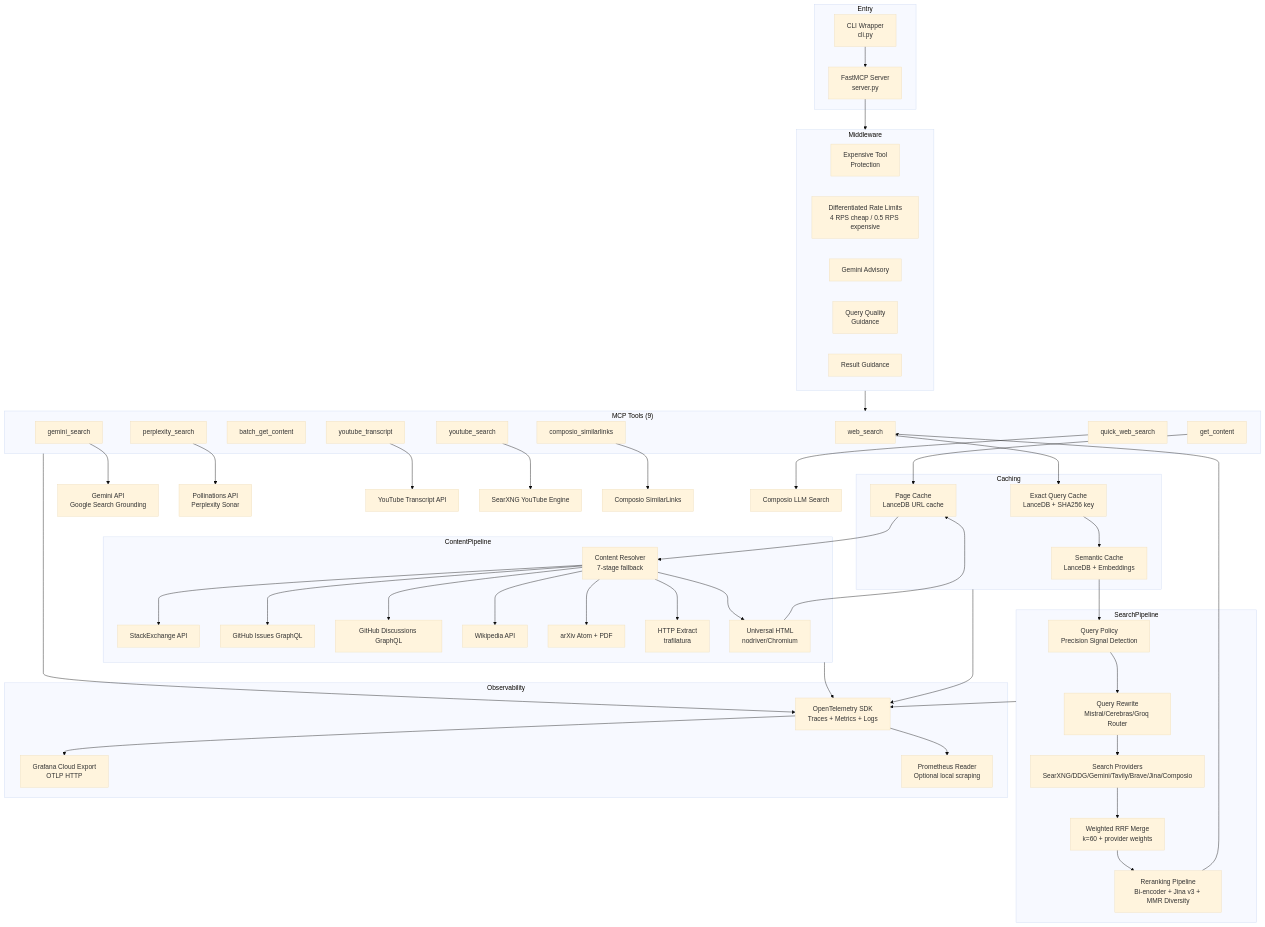
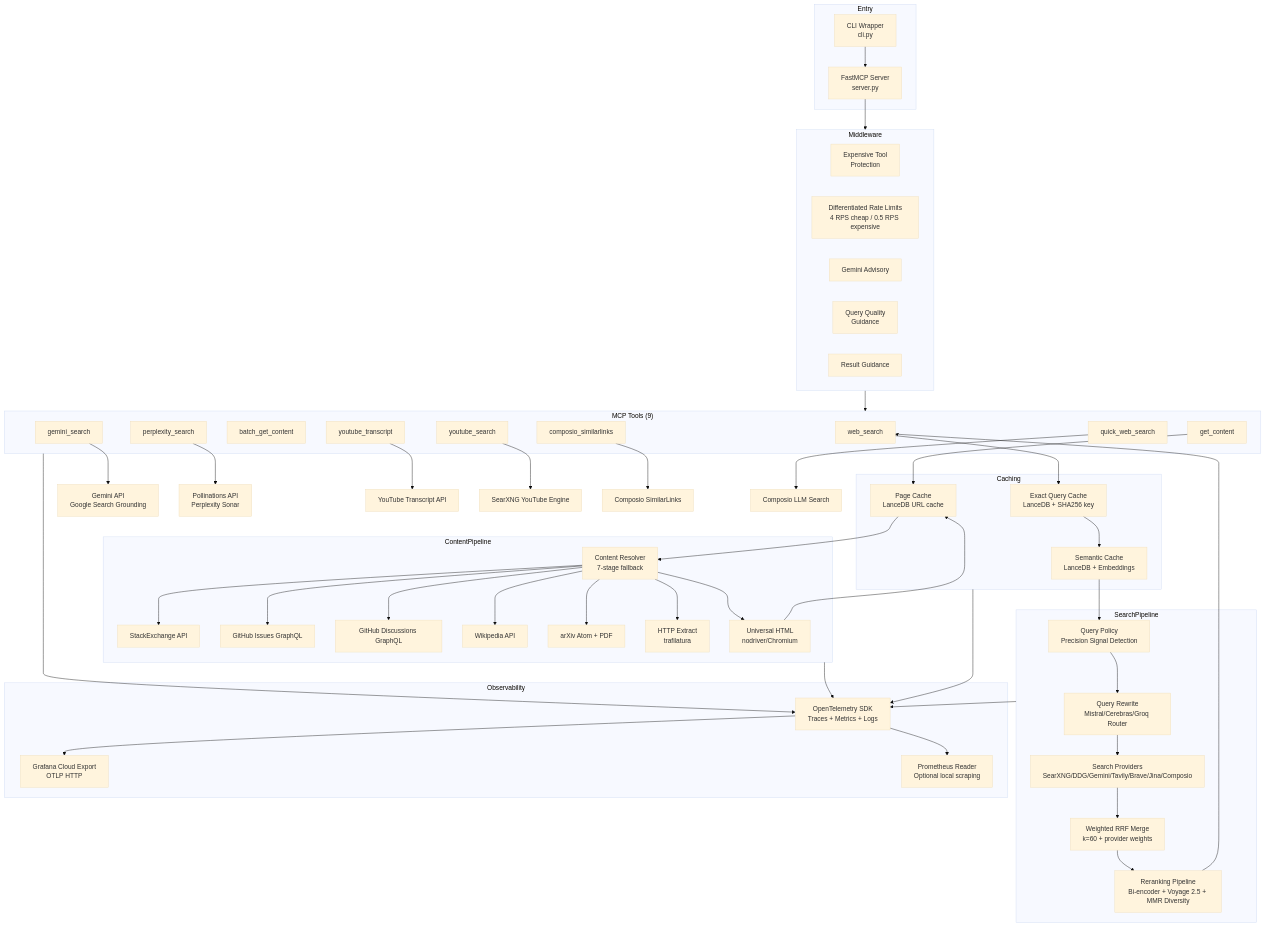
The diagram in docs/ARCHITECTURE.md (chmielvu/web-search-mcp), drawn with Mermaid (base theme) before and after one commit. The commit also changed other lines of this file and 122 other files, not shown here.

Commit message:
refactor: massive full-stack overhaul - content pipeline, search providers, telemetry, observability, query rewrite v2, academic search, rerank, and analytics

```diff
--- a/docs/ARCHITECTURE.md
+++ b/docs/ARCHITECTURE.md
@@ -39,7 +39,7 @@
         QR[Query Rewrite<br>Mistral/Cerebras/Groq Router]
         PROVIDERS[Search Providers<br>SearXNG/DDG/Gemini/Tavily/Brave/Jina/Composio]
         RRF[Weighted RRF Merge<br>k=60 + provider weights]
-        RERANK[Reranking Pipeline<br>Bi-encoder + Jina v3 + MMR Diversity]
+        RERANK[Reranking Pipeline<br>Bi-encoder + Voyage 2.5 + MMR Diversity]
     end
 
     subgraph ContentPipeline
```
